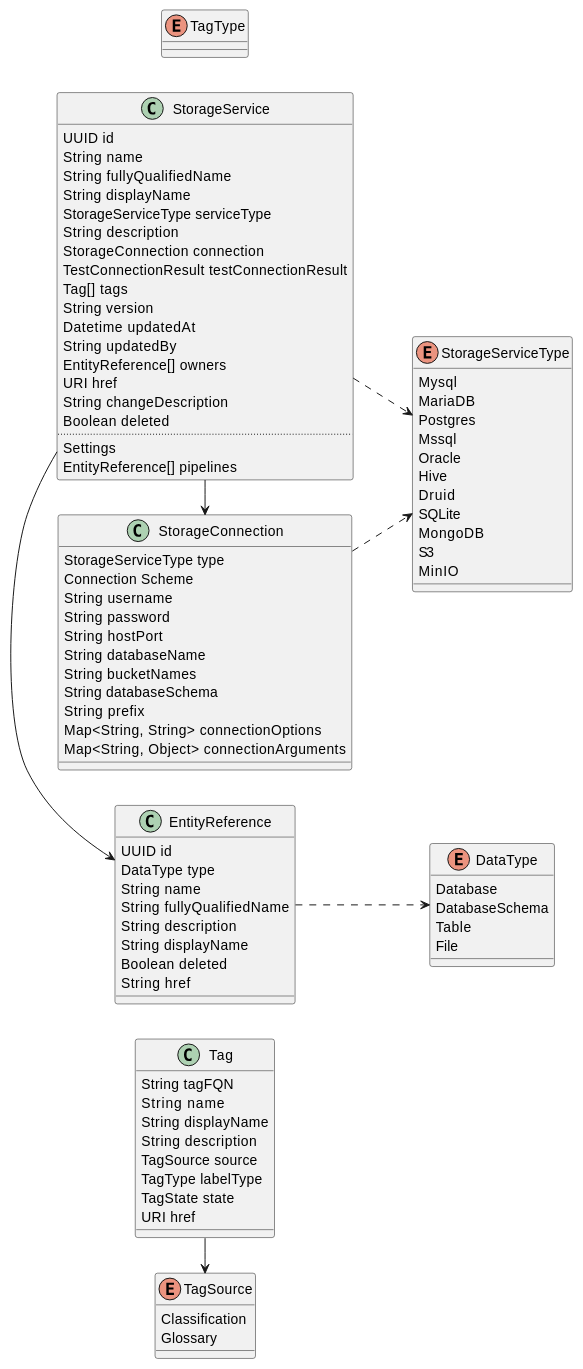
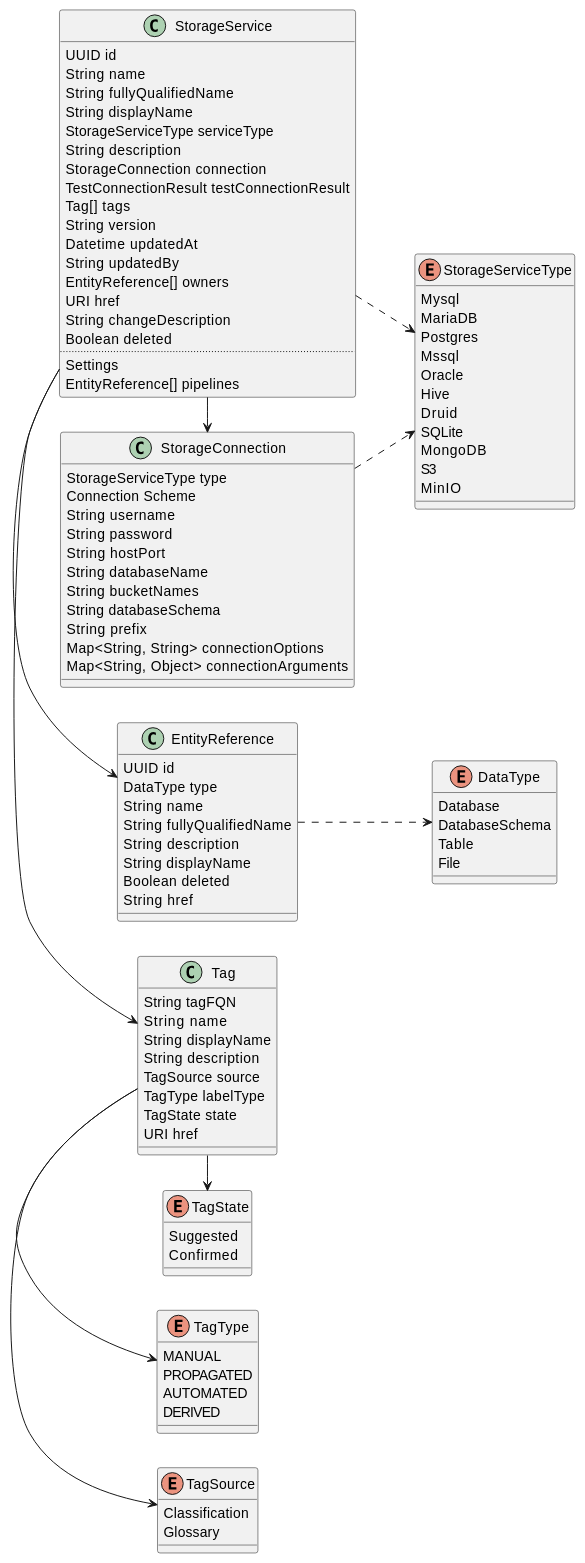
Before and after one commit to DataFabricTech/DataFabricPlatform: the fifth of 5 diagrams in docs/arch/virtualization-storage.md, drawn with PlantUML. The commit also changed other lines of this file and 5 other files, not shown here.

````diff
--- a/docs/arch/virtualization-storage.md
+++ b/docs/arch/virtualization-storage.md
@@ -352,7 +397,6 @@
   String href
 }
 
-
 enum StorageServiceType {
   Mysql
   MariaDB
@@ -389,7 +433,15 @@
 }
 
 enum TagType {
-  
+  MANUAL
+  PROPAGATED
+  AUTOMATED
+  DERIVED  
+}
+
+enum TagState {
+  Suggested
+  Confirmed
 }
 
 class Tag {
@@ -404,6 +456,8 @@
 }
 
 Tag -> TagSource
+Tag -> TagType
+Tag -> TagState
 
 class  StorageService {
   UUID id
@@ -431,6 +485,7 @@
 StorageService -> EntityReference
 StorageService ..> StorageServiceType
 StorageService -> StorageConnection
+StorageService -> Tag
 
 @enduml
 ```
````
